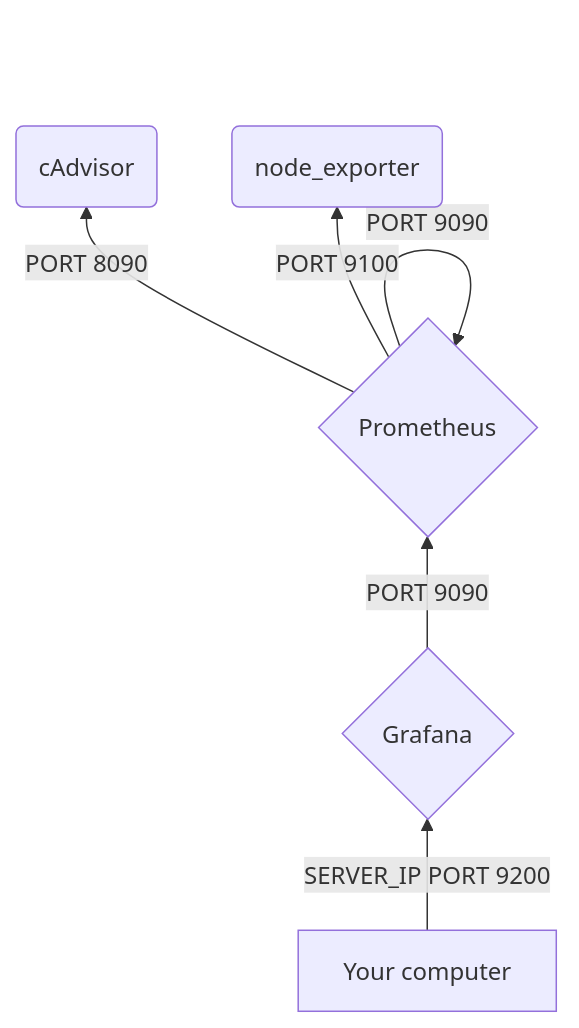
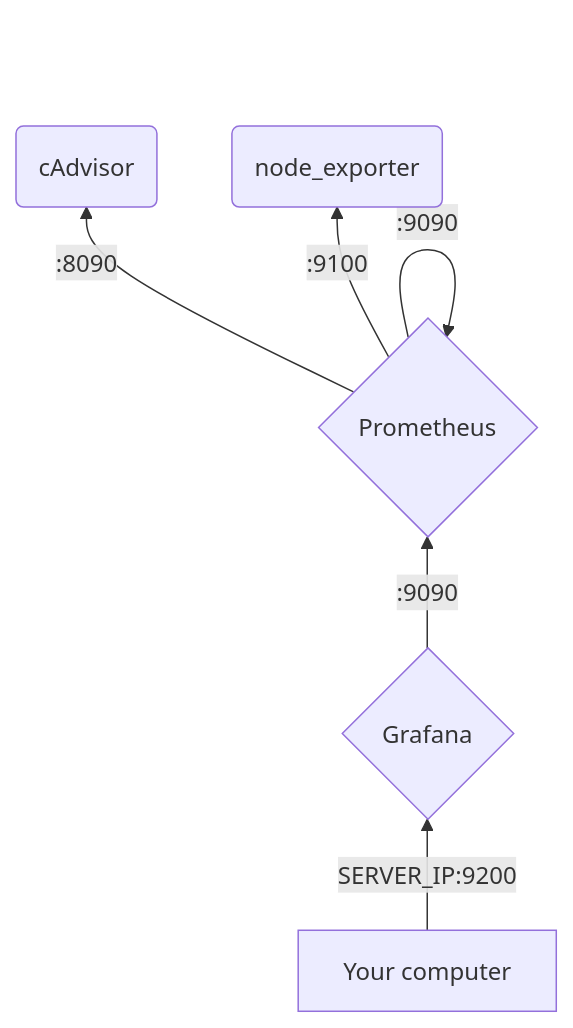
Before and after one commit to YR72dpi/debianMonitoring: the diagram in README.md, drawn with Mermaid.

Commit message:
refactor mermaid direction

````diff
--- a/README.md
+++ b/README.md
@@ -13,14 +13,14 @@
 ```mermaid
 graph BT
 grafana{Grafana} 
 prometheus{Prometheus} 
 cAdvisor(cAdvisor) 
 node_exporter(node_exporter) 
 computer[Your computer] 
 
-prometheus -- PORT 8090 --> cAdvisor 
-prometheus -- PORT 9100 --> node_exporter 
-prometheus -- PORT 9090 --> prometheus 
-grafana -- PORT 9090 --> prometheus 
-computer -- SERVER_IP PORT 9200 --> grafana 
+prometheus -- :8090 --> cAdvisor 
+prometheus -- :9100 --> node_exporter 
+prometheus -- :9090 --> prometheus 
+grafana -- :9090 --> prometheus 
+computer -- SERVER_IP:9200 --> grafana 
 ```
````
